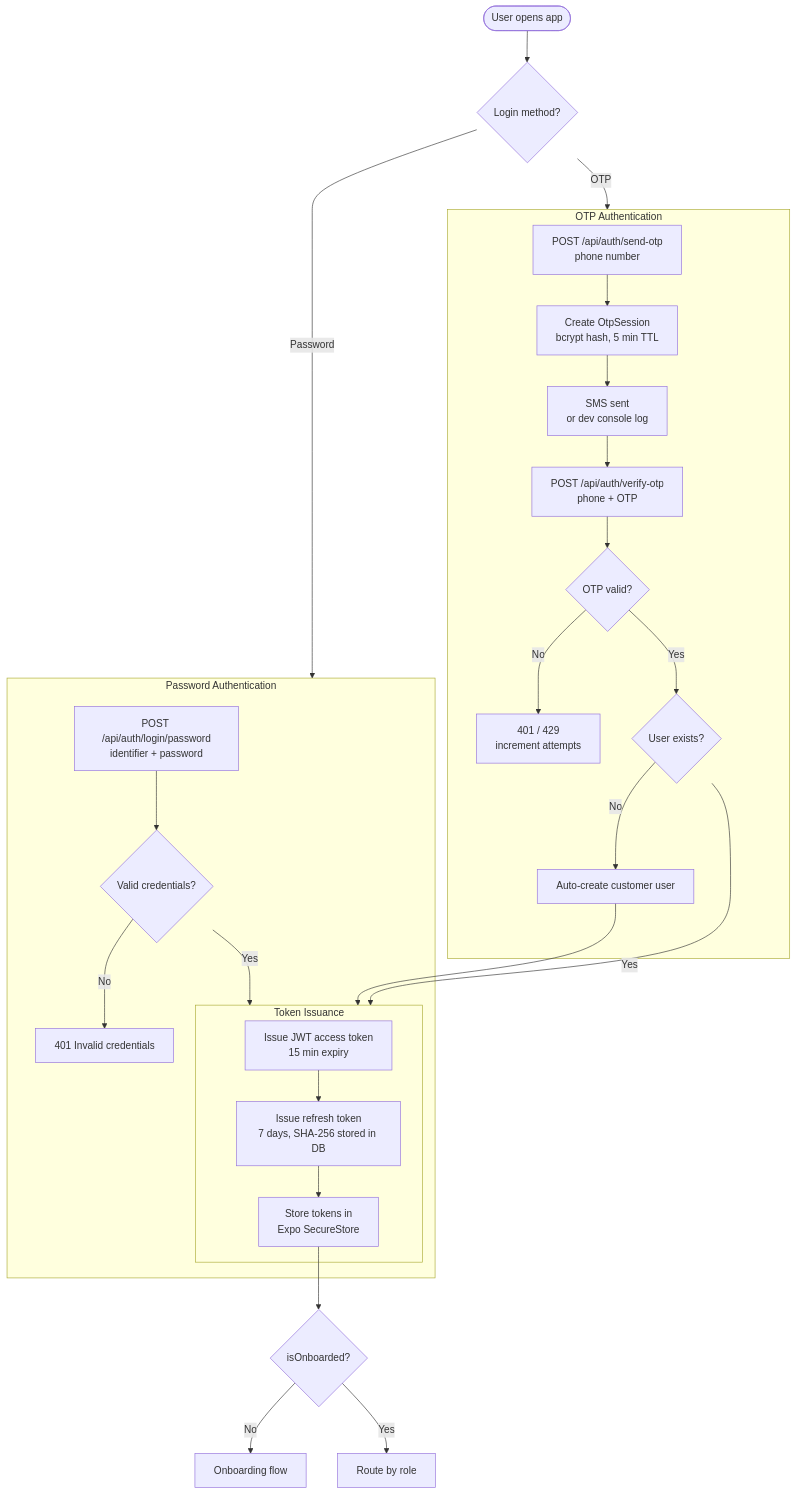
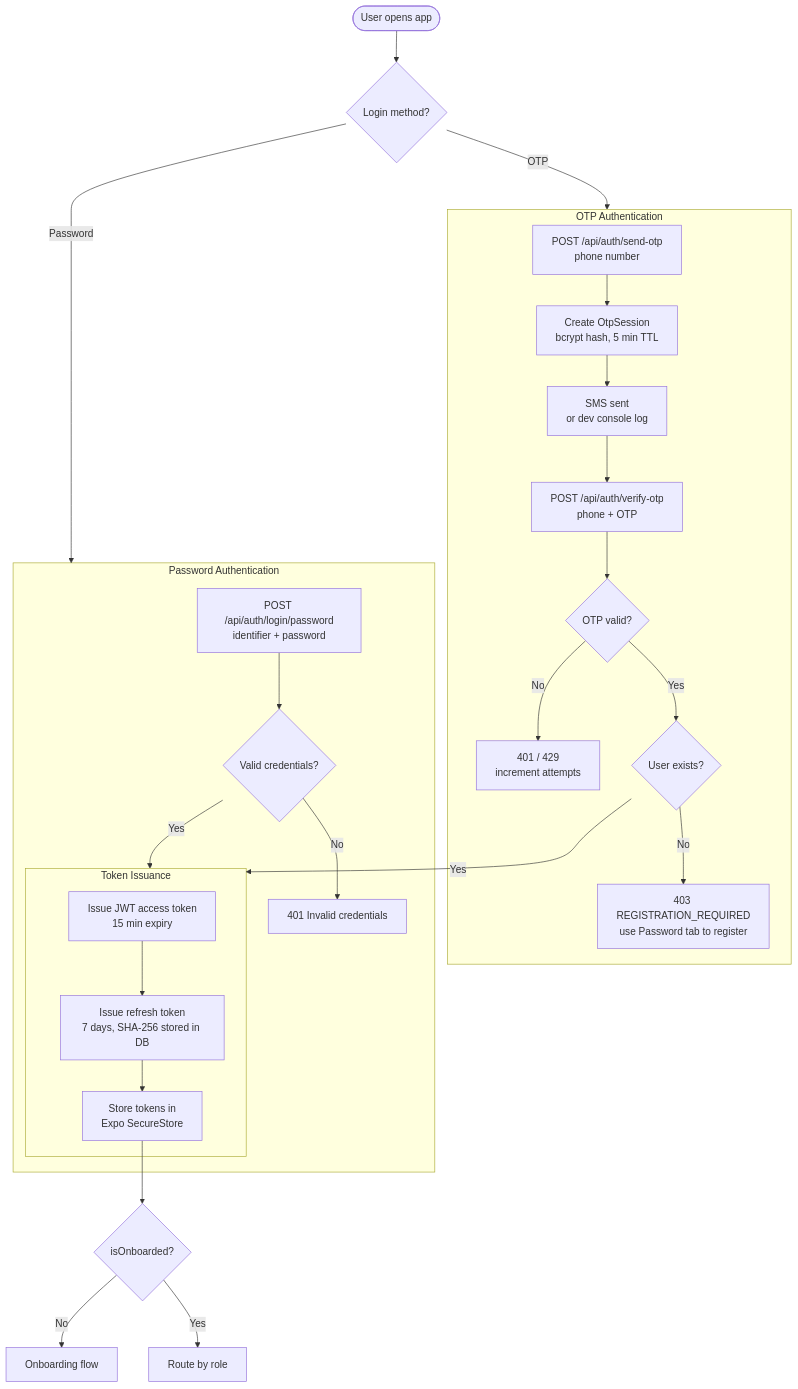
Before and after one commit to mrabinash2022/sigmaapps: the third of 22 diagrams in Localite/docs/architecture.md, drawn with Mermaid. The commit also changed other lines of this file and 48 other files, not shown here.

````diff
--- a/Localite/docs/architecture.md
+++ b/Localite/docs/architecture.md
@@ -193,38 +213,37 @@
 ```mermaid
 flowchart TD
     START([User opens app]) --> CHOICE{Login method?}
 
     CHOICE -->|Password| PW_FLOW
     CHOICE -->|OTP| OTP_FLOW
 
     subgraph PW_FLOW["Password Authentication"]
         PW1[POST /api/auth/login/password\nidentifier + password]
         PW1 --> PW2{Valid credentials?}
         PW2 -->|No| PW_ERR[401 Invalid credentials]
         PW2 -->|Yes| TOKENS
     end
 
     subgraph OTP_FLOW["OTP Authentication"]
         OTP1[POST /api/auth/send-otp\nphone number]
         OTP1 --> OTP2[Create OtpSession\nbcrypt hash, 5 min TTL]
         OTP2 --> OTP3[SMS sent\nor dev console log]
         OTP3 --> OTP4[POST /api/auth/verify-otp\nphone + OTP]
         OTP4 --> OTP5{OTP valid?}
         OTP5 -->|No| OTP_ERR[401 / 429\nincrement attempts]
         OTP5 -->|Yes| OTP6{User exists?}
-        OTP6 -->|No| OTP7[Auto-create customer user]
+        OTP6 -->|No| OTP_REG[403 REGISTRATION_REQUIRED\nuse Password tab to register]
         OTP6 -->|Yes| TOKENS
-        OTP7 --> TOKENS
     end
 
     subgraph TOKENS["Token Issuance"]
         TOKENS1[Issue JWT access token\n15 min expiry]
         TOKENS2[Issue refresh token\n7 days, SHA-256 stored in DB]
         TOKENS1 --> TOKENS2
         TOKENS2 --> STORE[Store tokens in\nExpo SecureStore]
     end
 
     STORE --> ONBOARD{isOnboarded?}
     ONBOARD -->|No| ONBOARD_SCREEN[Onboarding flow]
     ONBOARD -->|Yes| ROLE_ROUTE[Route by role]
 ```
````
